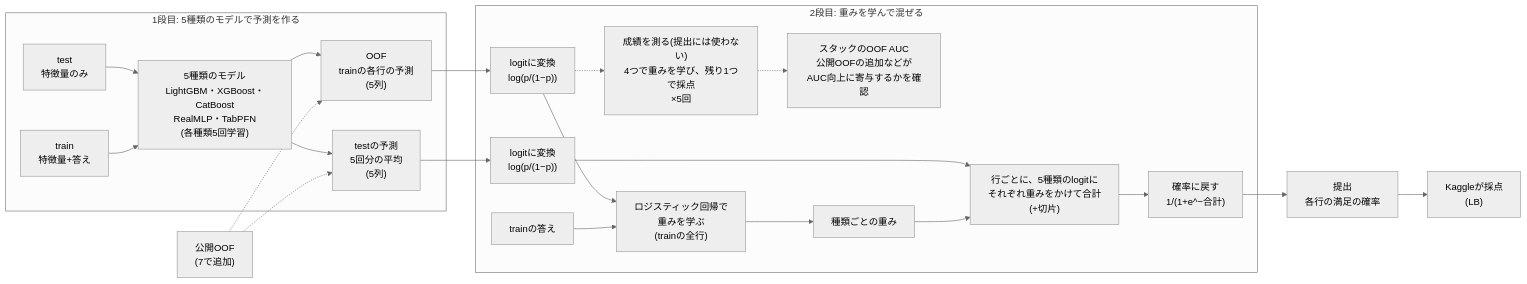
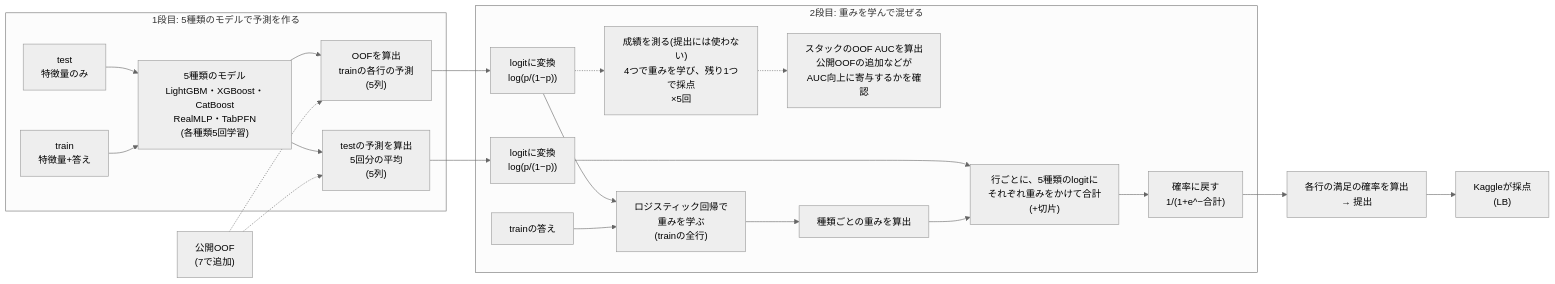
One commit to aramaki5443-art/kaggle-s6e10-airline-satisfaction changed the diagram in README.md. Above: the diagram before and after it, drawn with Mermaid (neutral theme).

Commit message:
README diagram: label outputs as '...を算出'
Claude-Session: https://claude.ai/code/session_01W4XQw12fApd9PttvvKTwbS

````diff
--- a/README.md
+++ b/README.md
@@ -135,24 +135,24 @@
 ```mermaid
 flowchart LR
   subgraph S1["1段目: 5種類のモデルで予測を作る"]
     TE["test<br>特徴量のみ"] --> M["5種類のモデル<br>LightGBM・XGBoost・CatBoost<br>RealMLP・TabPFN<br>(各種類5回学習)"]
     TR["train<br>特徴量+答え"] --> M
-    M --> OOF["OOF<br>trainの各行の予測<br>(5列)"]
-    M --> TP["testの予測<br>5回分の平均<br>(5列)"]
+    M --> OOF["OOFを算出<br>trainの各行の予測<br>(5列)"]
+    M --> TP["testの予測を算出<br>5回分の平均<br>(5列)"]
   end
   subgraph S2["2段目: 重みを学んで混ぜる"]
     OOF --> LO1["logitに変換<br>log(p/(1−p))"]
     LO1 --> LR["ロジスティック回帰で<br>重みを学ぶ<br>(trainの全行)"]
     LO1 -.-> CV["成績を測る(提出には使わない)<br>4つで重みを学び、残り1つで採点<br>×5回"]
-    CV -.-> AUC["スタックのOOF AUC<br>公開OOFの追加などが<br>AUC向上に寄与するかを確認"]
+    CV -.-> AUC["スタックのOOF AUCを算出<br>公開OOFの追加などが<br>AUC向上に寄与するかを確認"]
     Y["trainの答え"] --> LR
-    LR --> W["種類ごとの重み"]
+    LR --> W["種類ごとの重みを算出"]
     TP --> LO2["logitに変換<br>log(p/(1−p))"]
     LO2 --> MIX["行ごとに、5種類のlogitに<br>それぞれ重みをかけて合計<br>(+切片)"]
     W --> MIX
     MIX --> SIG["確率に戻す<br>1/(1+e^−合計)"]
   end
   PUB["公開OOF<br>(7で追加)"] -.-> OOF
   PUB -.-> TP
-  SIG --> SUB["提出<br>各行の満足の確率"] --> LB["Kaggleが採点<br>(LB)"]
+  SIG --> SUB["各行の満足の確率を算出<br>→ 提出"] --> LB["Kaggleが採点<br>(LB)"]
 ```
````
